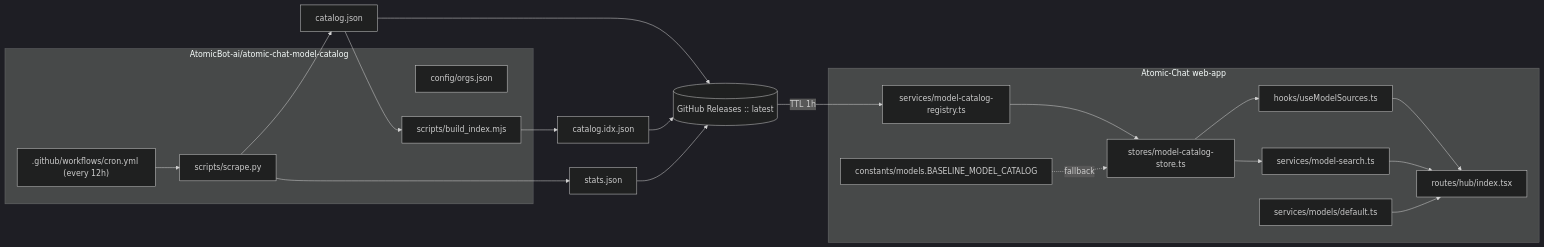
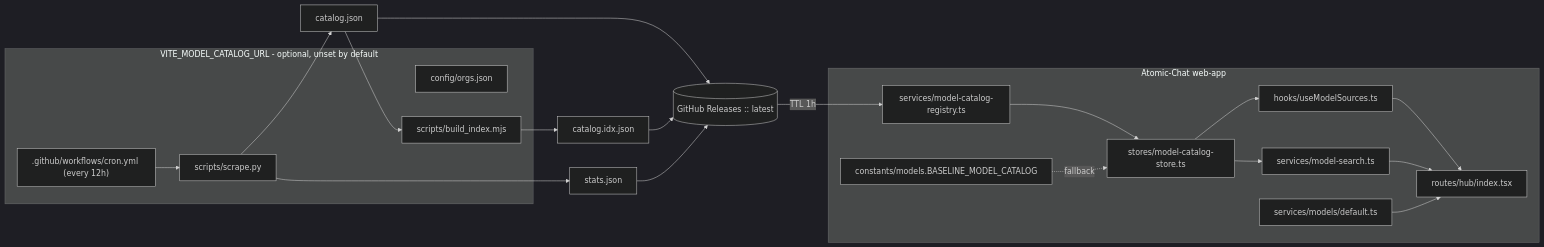
Before and after one commit to AtomicBot-ai/Atomic-Chat: the third of 3 diagrams in web-app/src/services/AGENTS.md, drawn with Mermaid (dark theme). The commit also changed other lines of this file and 191 other files, not shown here.

````diff
--- a/web-app/src/services/AGENTS.md
+++ b/web-app/src/services/AGENTS.md
@@ -448,35 +445,35 @@
 ```mermaid
 flowchart LR
-    subgraph catalogRepo [AtomicBot-ai/atomic-chat-model-catalog]
+    subgraph catalogRepo [VITE_MODEL_CATALOG_URL - optional, unset by default]
         orgs[config/orgs.json]
         scrape[scripts/scrape.py]
         build[scripts/build_index.mjs]
         cron[".github/workflows/cron.yml (every 12h)"]
     end
     release[(GitHub Releases :: latest)]
     cron --> scrape --> catalogJson[catalog.json]
     scrape --> statsJson[stats.json]
     catalogJson --> build --> idxJson[catalog.idx.json]
     catalogJson --> release
     idxJson --> release
     statsJson --> release
 
     subgraph janClient [Atomic-Chat web-app]
         loader[services/model-catalog-registry.ts]
         store[stores/model-catalog-store.ts]
         search[services/model-search.ts]
         baseline[constants/models.BASELINE_MODEL_CATALOG]
         shim[hooks/useModelSources.ts]
         hub[routes/hub/index.tsx]
         defaultSvc[services/models/default.ts]
     end
 
     release -->|TTL 1h| loader
     loader --> store
     baseline -.fallback.-> store
     store --> search
     store --> shim
     shim --> hub
     search --> hub
     defaultSvc --> hub
 ```
````
